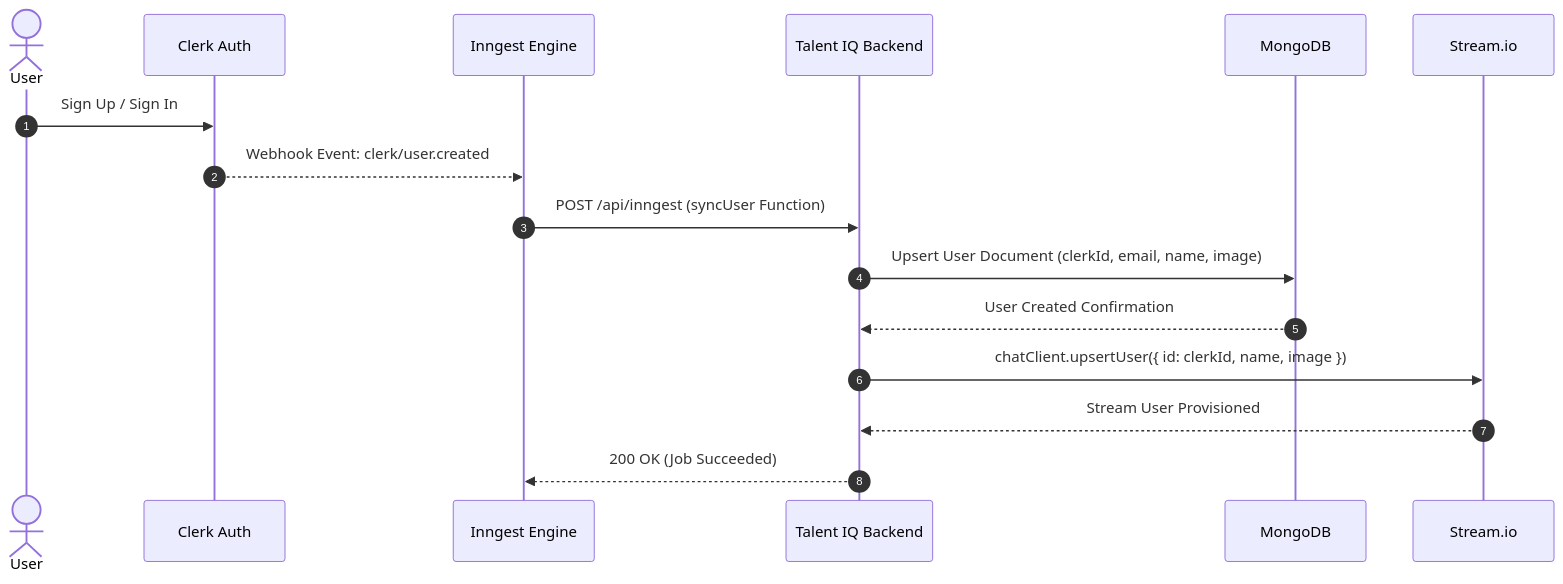
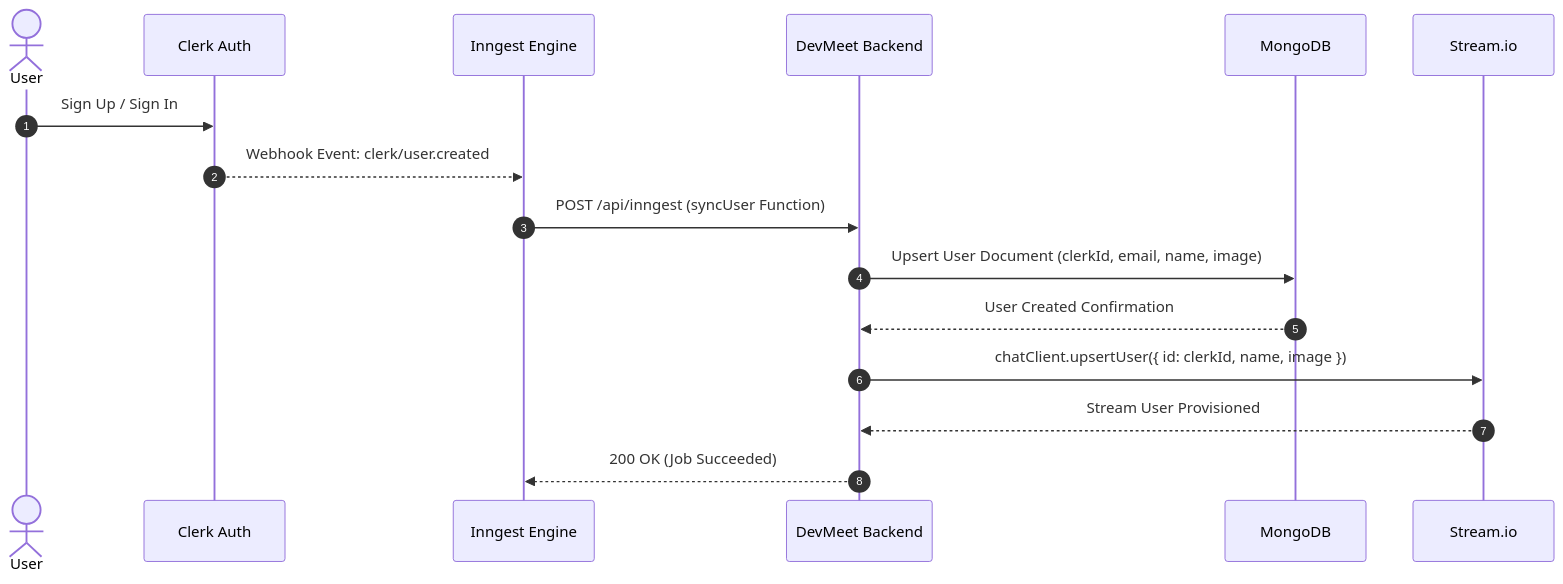
One commit to Jais-Abhi/DevMeet changed the second of 4 diagrams in README.md. Above: the diagram before and after it, drawn with Mermaid. The commit also changed other lines of this file and 7 other files, not shown here.

````diff
--- a/README.md
+++ b/README.md
@@ -180,19 +176,19 @@
 ```mermaid
 sequenceDiagram
     autonumber
     actor User
     participant Clerk as Clerk Auth
     participant Inngest as Inngest Engine
-    participant Server as Talent IQ Backend
+    participant Server as DevMeet Backend
     participant Mongo as MongoDB
     participant Stream as Stream.io
 
     User->>Clerk: Sign Up / Sign In
     Clerk-->>Inngest: Webhook Event: clerk/user.created
     Inngest->>Server: POST /api/inngest (syncUser Function)
     Server->>Mongo: Upsert User Document (clerkId, email, name, image)
     Mongo-->>Server: User Created Confirmation
     Server->>Stream: chatClient.upsertUser({ id: clerkId, name, image })
     Stream-->>Server: Stream User Provisioned
     Server-->>Inngest: 200 OK (Job Succeeded)
 ```
````
